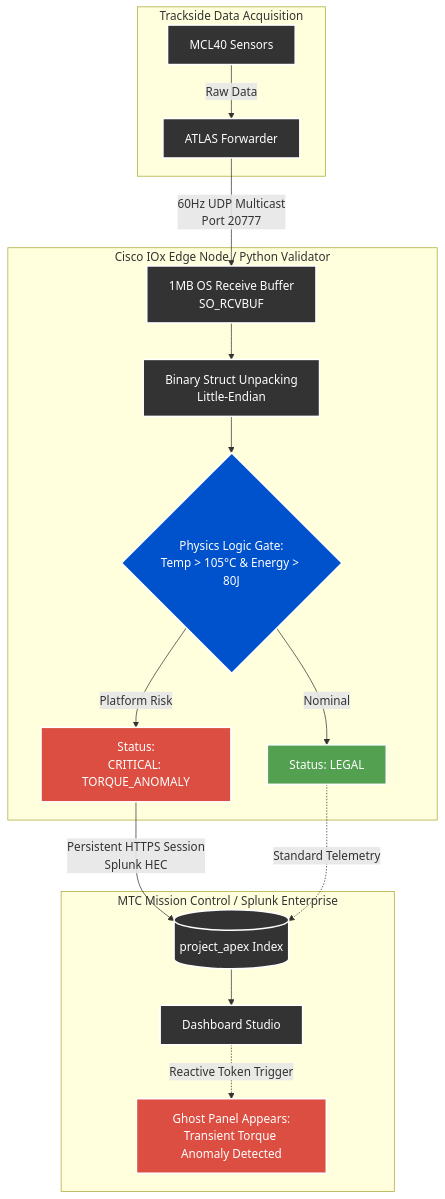
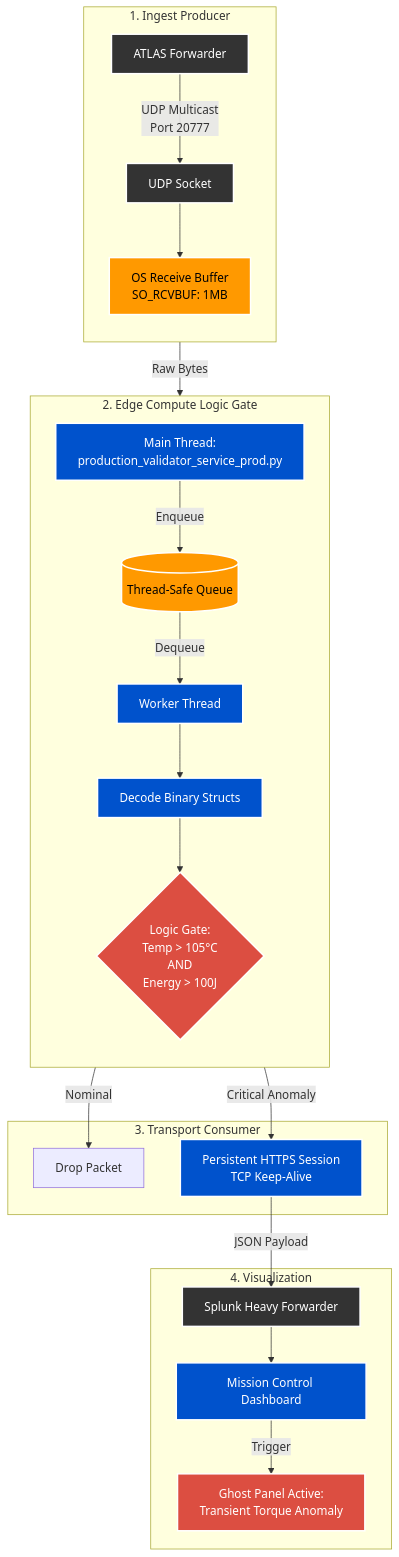
Before and after one commit to SecurityCyberGeek/project-apex-telemetry: the diagram in README.md, drawn with Mermaid. The commit also changed other lines of this file, not shown here.

First line of the commit message:
Revise Project Apex overview and critical updates

````diff
--- a/README.md
+++ b/README.md
@@ -34,31 +27,44 @@
 ``` mermaid
 flowchart TD
-    subgraph Trackside [Trackside Data Acquisition]
-        Car[MCL40 Sensors] -- Raw Data --> ATLAS[ATLAS Forwarder]
+    %% Subgraph for the External Data Source
+    subgraph Trackside [1. Ingest Producer]
+        direction TB
+        ATLAS[ATLAS Forwarder] 
+        -- UDP Multicast<br>Port 20777 --> Socket[UDP Socket]
+        Socket --> Buffer[OS Receive Buffer<br>SO_RCVBUF: 1MB]
     end
 
-    subgraph EdgeCompute [Cisco IOx Edge Node / Python Validator]
-        ATLAS -- 60Hz UDP Multicast<br/>Port 20777 --> Buffer[1MB OS Receive Buffer<br/>SO_RCVBUF]
-        Buffer --> Unpack[Binary Struct Unpacking<br/>Little-Endian]
-        Unpack --> LogicGate{Physics Logic Gate:<br/>Temp > 105°C & Energy > 80J}
-        LogicGate -- Nominal --> Legal[Status: LEGAL]
-        LogicGate -- Platform Risk --> Anomaly[Status:<br/>CRITICAL: TORQUE_ANOMALY]
+    %% Subgraph for the Internal Logic within the Python Script
+    subgraph EdgeCompute [2. Edge Compute Logic Gate]
+        direction TB
+        Buffer -- Raw Bytes --> PyMain[Main Thread:<br>production_validator_service_prod.py]
+        PyMain -- Enqueue --> Queue[(Thread-Safe Queue)]
+        Queue -- Dequeue --> Worker[Worker Thread]
+        Worker --> Decode[Decode Binary Structs]
+        Decode --> LogicGate{Logic Gate:<br>Temp > 105°C<br>AND<br>Energy > 100J}
     end
 
-    subgraph MissionControl [MTC Mission Control / Splunk Enterprise]
-        Anomaly -- Persistent HTTPS Session<br/>Splunk HEC --> Index[(project_apex Index)]
-        Legal -. Standard Telemetry .-> Index
-        Index --> Dashboard[Dashboard Studio]
-        Dashboard -. Reactive Token Trigger .-> GhostPanel[Ghost Panel Appears:<br/>Transient Torque Anomaly Detected]
+    %% Subgraph for the Transport Layer
+    subgraph TransportLayer [3. Transport Consumer]
+        LogicGate -- Nominal --> Drop[Drop Packet]
+        LogicGate -- Critical Anomaly --> Session[Persistent HTTPS Session<br>TCP Keep-Alive]
     end
 
-    classDef hardware fill:#333333,stroke:#ffffff,stroke-width:2px,color:#ffffff;
-    classDef logic fill:#0052cc,stroke:#ffffff,stroke-width:2px,color:#ffffff;
-    classDef critical fill:#DC4E41,stroke:#ffffff,stroke-width:2px,color:#ffffff;
-    classDef nominal fill:#53A051,stroke:#ffffff,stroke-width:2px,color:#ffffff;
-    
-    class Car,ATLAS,Buffer,Unpack,Index,Dashboard hardware;
-    class LogicGate logic;
-    class Anomaly,GhostPanel critical;
-    class Legal nominal;
+    %% Subgraph for Visualization
+    subgraph Visualization [4. Visualization]
+        Session -- JSON Payload --> Splunk[Splunk Heavy Forwarder]
+        Splunk --> Dashboard[Mission Control Dashboard]
+        Dashboard -- Trigger --> GhostPanel[Ghost Panel Active:<br>Transient Torque Anomaly]
+    end
+
+    %% Styling for "Executive/Dark Mode" Look
+    classDef source fill:#333,stroke:#fff,stroke-width:2px,color:#fff;
+    classDef process fill:#0052cc,stroke:#fff,stroke-width:2px,color:#fff;
+    classDef buffer fill:#ff9900,stroke:#fff,stroke-width:2px,color:#000;
+    classDef alert fill:#DC4E41,stroke:#fff,stroke-width:2px,color:#fff;
+
+    class ATLAS,Socket,Splunk source;
+    class PyMain,Worker,Decode,Session,Dashboard process;
+    class Buffer,Queue buffer;
+    class LogicGate,GhostPanel alert;
 ```
````
